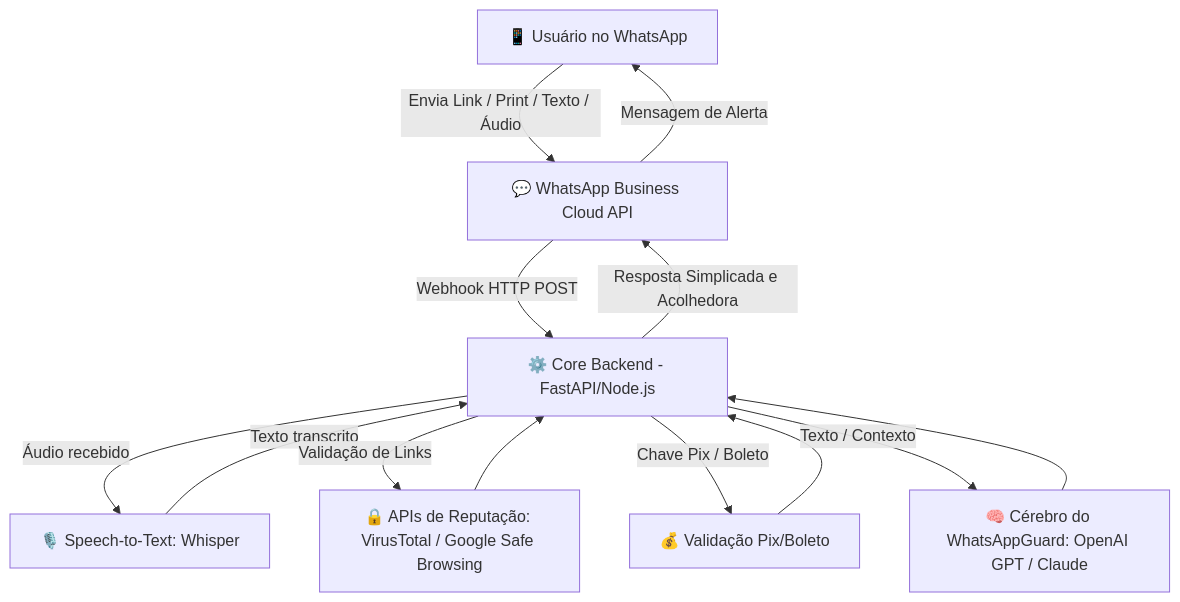
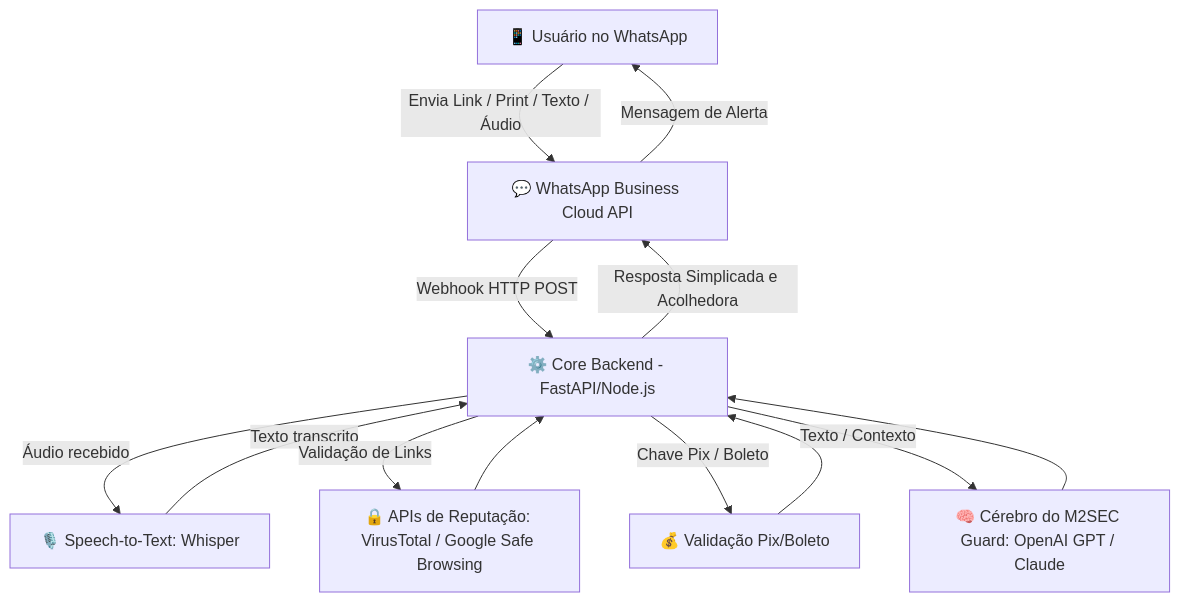
One commit to marleciooliveira/WhatsApp_guard changed the diagram in README.md. Above: the diagram before and after it, drawn with Mermaid. The commit also changed other lines of this file and 11 other files, not shown here.

First line of the commit message:
Renomeia WhatsAppGuard para M2SEC Guard em todo o repo e reposiciona como servico da M2SEC

````diff
--- a/README.md
+++ b/README.md
@@ -47,19 +47,19 @@
 ```mermaid
 graph TD
     User[📱 Usuário no WhatsApp] -->|Envia Link / Print / Texto / Áudio| WA_API[💬 WhatsApp Business Cloud API]
     WA_API -->|Webhook HTTP POST| Backend[⚙️ Core Backend - FastAPI/Node.js]
 
     Backend -->|Áudio recebido| STT[🎙️ Speech-to-Text: Whisper]
     STT -->|Texto transcrito| Backend
 
     Backend -->|Validação de Links| Security_APIs[🔒 APIs de Reputação: VirusTotal / Google Safe Browsing]
     Backend -->|Chave Pix / Boleto| Pix_Validation[💰 Validação Pix/Boleto]
-    Backend -->|Texto / Contexto| LLM_WAG[🧠 Cérebro do WhatsAppGuard: OpenAI GPT / Claude]
+    Backend -->|Texto / Contexto| LLM_WAG[🧠 Cérebro do M2SEC Guard: OpenAI GPT / Claude]
 
     Security_APIs --> Backend
     Pix_Validation --> Backend
     LLM_WAG --> Backend
 
     Backend -->|Resposta Simplicada e Acolhedora| WA_API
     WA_API -->|Mensagem de Alerta| User
 ```
````
